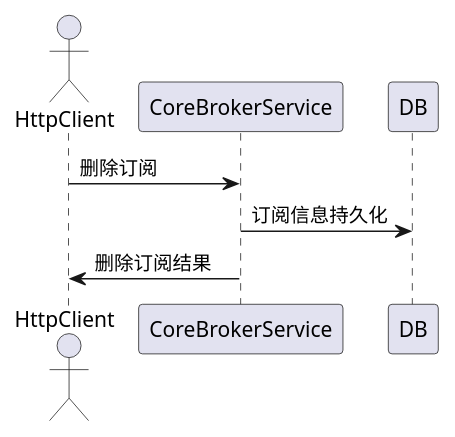
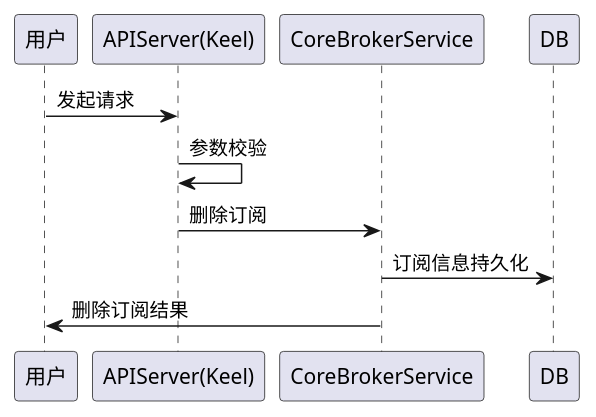
One commit to tkeel-io/docs changed the seventh of 9 diagrams in docs/api/appendix/plantuml/core_broker.md. Above: the diagram before and after it, drawn with PlantUML. The commit also changed other lines of this file and 2 other files, not shown here.

````diff
--- a/docs/api/appendix/plantuml/core_broker.md
+++ b/docs/api/appendix/plantuml/core_broker.md
@@ -94,11 +112,14 @@
 ```plantuml
 @startuml
-actor HttpClient
+participant "用户" as user
+participant "APIServer(Keel)"  as keel
 participant CoreBrokerService
 participant DB
 
-HttpClient->CoreBrokerService:删除订阅
+user->keel: 发起请求
+keel->keel: 参数校验
+keel->CoreBrokerService:删除订阅
 CoreBrokerService->DB:订阅信息持久化
-CoreBrokerService->HttpClient:删除订阅结果
+CoreBrokerService->user:删除订阅结果
 @enduml
 ```
````
